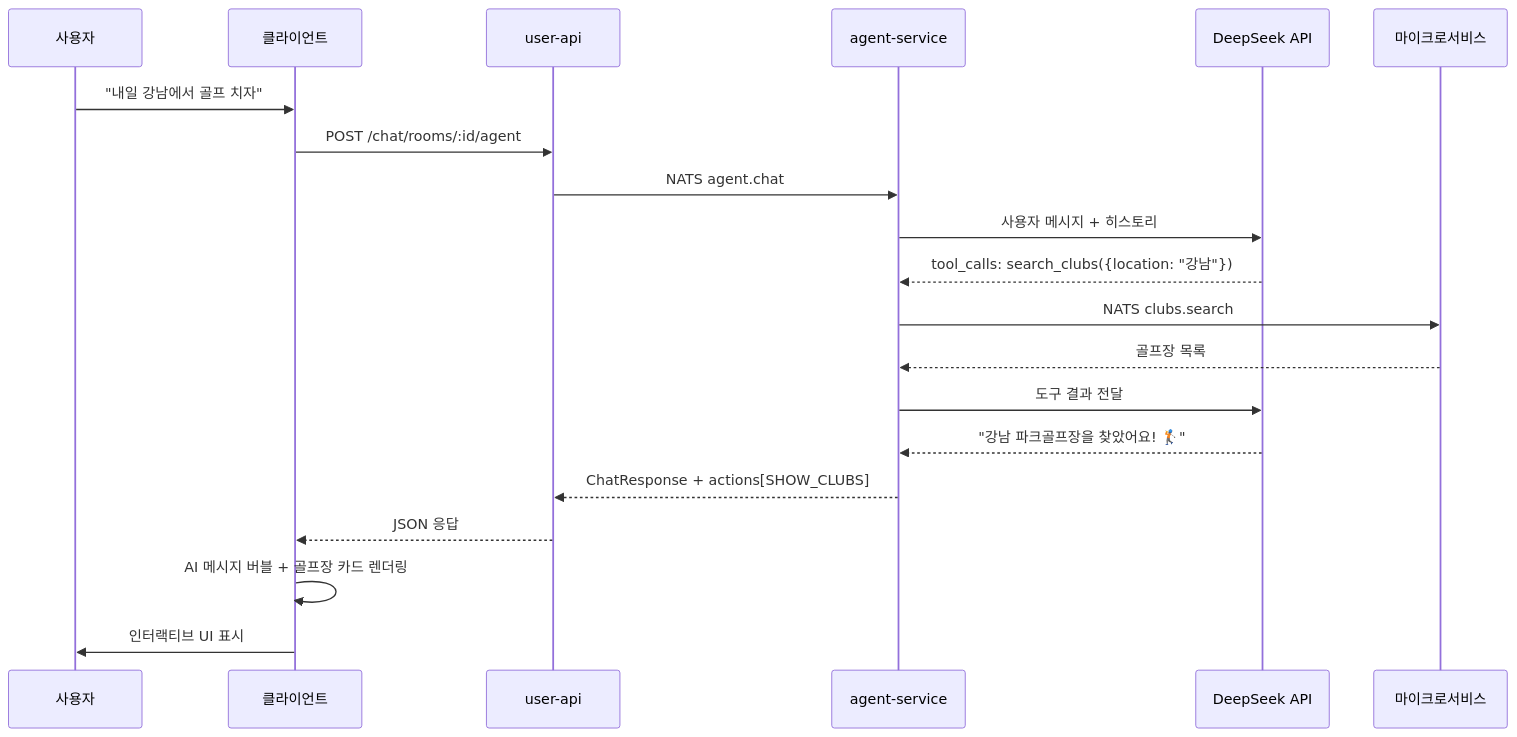
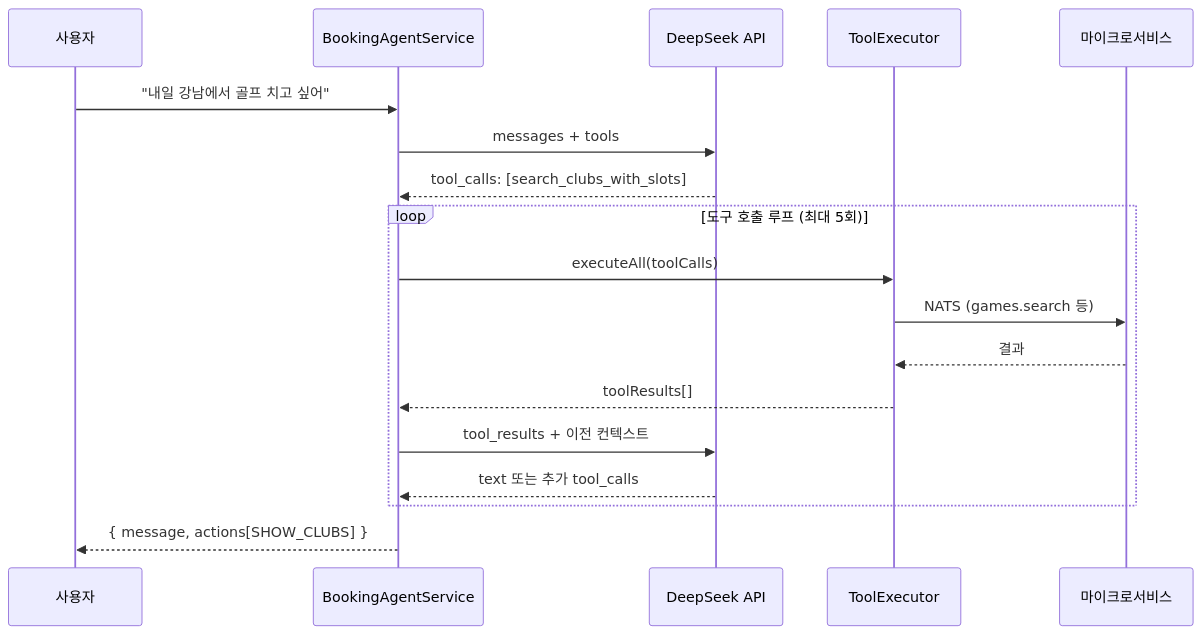
The second of 3 diagrams in docs/workflow/AGENT.md (uniyous/parkgolf-platform), drawn with Mermaid before and after one commit. The commit also changed other lines of this file, not shown here.

First line of the commit message:
docs(agent): AGENT.md 전면 재작성 — Direct Handling + LLM 하이브리드 중심

````diff
--- a/docs/workflow/AGENT.md
+++ b/docs/workflow/AGENT.md
@@ -103,27 +156,23 @@
 ```mermaid
 sequenceDiagram
     participant U as 사용자
-    participant App as 클라이언트
-    participant BFF as user-api
-    participant Agent as agent-service
+    participant BA as BookingAgentService
     participant DS as DeepSeek API
+    participant TE as ToolExecutor
     participant MS as 마이크로서비스
 
-    U->>App: "내일 강남에서 골프 치자"
-    App->>BFF: POST /chat/rooms/:id/agent
-    BFF->>Agent: NATS agent.chat
+    U->>BA: "내일 강남에서 골프 치고 싶어"
+    BA->>DS: messages + tools
+    DS-->>BA: tool_calls: [search_clubs_with_slots]
 
-    Agent->>DS: 사용자 메시지 + 히스토리
-    DS-->>Agent: tool_calls: search_clubs({location: "강남"})
+    loop 도구 호출 루프 (최대 5회)
+        BA->>TE: executeAll(toolCalls)
+        TE->>MS: NATS (games.search 등)
+        MS-->>TE: 결과
+        TE-->>BA: toolResults[]
+        BA->>DS: tool_results + 이전 컨텍스트
+        DS-->>BA: text 또는 추가 tool_calls
+    end
 
-    Agent->>MS: NATS clubs.search
-    MS-->>Agent: 골프장 목록
-
-    Agent->>DS: 도구 결과 전달
-    DS-->>Agent: "강남 파크골프장을 찾았어요! 🏌️"
-
-    Agent-->>BFF: ChatResponse + actions[SHOW_CLUBS]
-    BFF-->>App: JSON 응답
-    App->>App: AI 메시지 버블 + 골프장 카드 렌더링
-    App->>U: 인터랙티브 UI 표시
+    BA-->>U: { message, actions[SHOW_CLUBS] }
 ```
````
